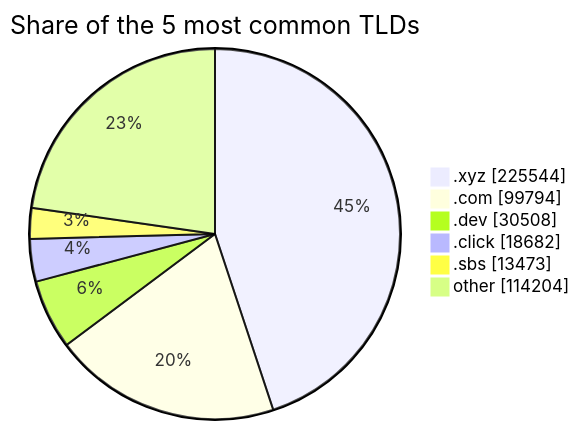
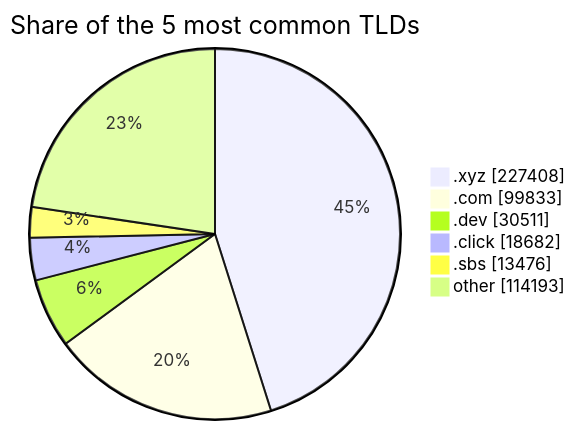
One commit to DNSBunker/CTI changed the third of 3 diagrams in README.md. Above: the diagram before and after it, drawn with Mermaid. The commit also changed other lines of this file and 3 other files, not shown here.

````diff
--- a/README.md
+++ b/README.md
@@ -81,9 +81,9 @@
 ```mermaid
 pie showData title Share of the 5 most common TLDs
-    ".xyz" : 225544
-    ".com" : 99794
-    ".dev" : 30508
+    ".xyz" : 227408
+    ".com" : 99833
+    ".dev" : 30511
     ".click" : 18682
-    ".sbs" : 13473
-    "other" : 114204
+    ".sbs" : 13476
+    "other" : 114193
 ```
````
